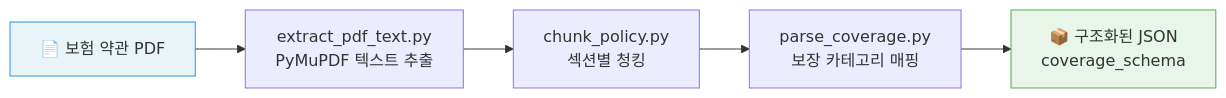
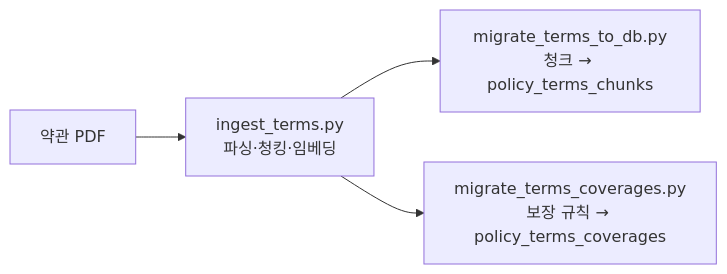
One commit to GeeYun086/capstone-polight-ai changed the second of 3 diagrams in README.md. Above: the diagram before and after it, drawn with Mermaid. The commit also changed other lines of this file, not shown here.

````diff
--- a/README.md
+++ b/README.md
@@ -39,10 +56,6 @@
 ```mermaid
 flowchart LR
-    A[📄 보험 약관 PDF] --> B[extract_pdf_text.py\nPyMuPDF 텍스트 추출]
-    B --> C[chunk_policy.py\n섹션별 청킹]
-    C --> D[parse_coverage.py\n보장 카테고리 매핑]
-    D --> E[📦 구조화된 JSON\ncoverage_schema]
-
-    style A fill:#e8f4f8,stroke:#2196F3
-    style E fill:#e8f5e9,stroke:#4CAF50
+    A[약관 PDF] --> B[ingest_terms.py<br/>파싱·청킹·임베딩]
+    B --> C[migrate_terms_to_db.py<br/>청크 → policy_terms_chunks]
+    B --> D[migrate_terms_coverages.py<br/>보장 규칙 → policy_terms_coverages]
 ```
````
